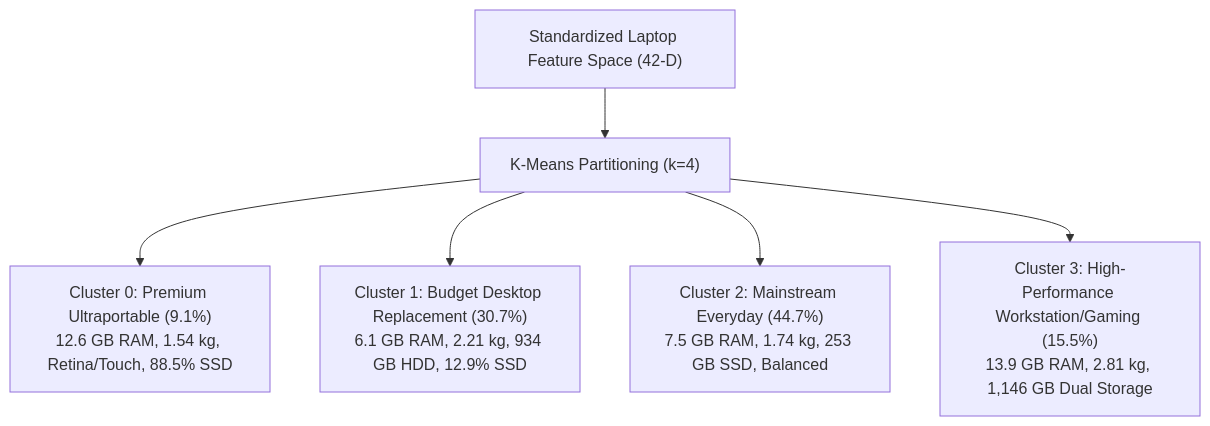
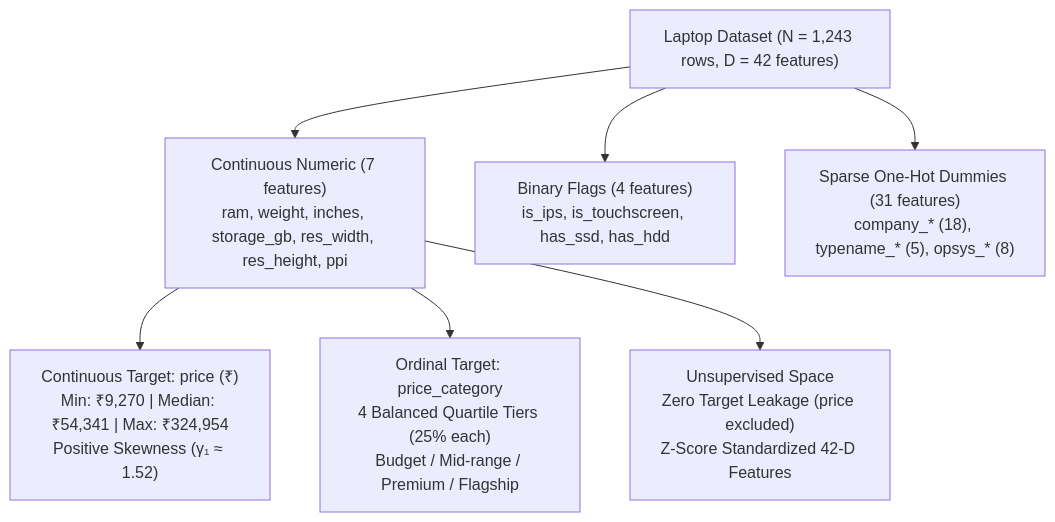
The first of 2 diagrams in docs/algorithm_analysis.md (BIJJUDAMA/Lapytics), drawn with Mermaid before and after one commit. The commit also changed other lines of this file and 4 other files, not shown here.

````diff
--- a/docs/algorithm_analysis.md
+++ b/docs/algorithm_analysis.md
@@ -131,8 +24,11 @@
 ```mermaid
 graph TD
-    Data["Standardized Laptop Feature Space (42-D)"] --> K4["K-Means Partitioning (k=4)"]
-    K4 --> C0["Cluster 0: Premium Ultraportable (9.1%)<br/>12.6 GB RAM, 1.54 kg, Retina/Touch, 88.5% SSD"]
-    K4 --> C1["Cluster 1: Budget Desktop Replacement (30.7%)<br/>6.1 GB RAM, 2.21 kg, 934 GB HDD, 12.9% SSD"]
-    K4 --> C2["Cluster 2: Mainstream Everyday (44.7%)<br/>7.5 GB RAM, 1.74 kg, 253 GB SSD, Balanced"]
-    K4 --> C3["Cluster 3: High-Performance Workstation/Gaming (15.5%)<br/>13.9 GB RAM, 2.81 kg, 1,146 GB Dual Storage"]
+    Dataset["Laptop Dataset (N = 1,243 rows, D = 42 features)"]
+    Dataset --> Continuous["Continuous Numeric (7 features)<br/>ram, weight, inches, storage_gb, res_width, res_height, ppi"]
+    Dataset --> Binary["Binary Flags (4 features)<br/>is_ips, is_touchscreen, has_ssd, has_hdd"]
+    Dataset --> Sparse["Sparse One-Hot Dummies (31 features)<br/>company_* (18), typename_* (5), opsys_* (8)"]
+    
+    Continuous --> Reg["Continuous Target: price (₹)<br/>Min: ₹9,270 | Median: ₹54,341 | Max: ₹324,954<br/>Positive Skewness (γ₁ ≈ 1.52)"]
+    Continuous --> Clf["Ordinal Target: price_category<br/>4 Balanced Quartile Tiers (25% each)<br/>Budget / Mid-range / Premium / Flagship"]
+    Continuous --> Clust["Unsupervised Space<br/>Zero Target Leakage (price excluded)<br/>Z-Score Standardized 42-D Features"]
 ```
````
